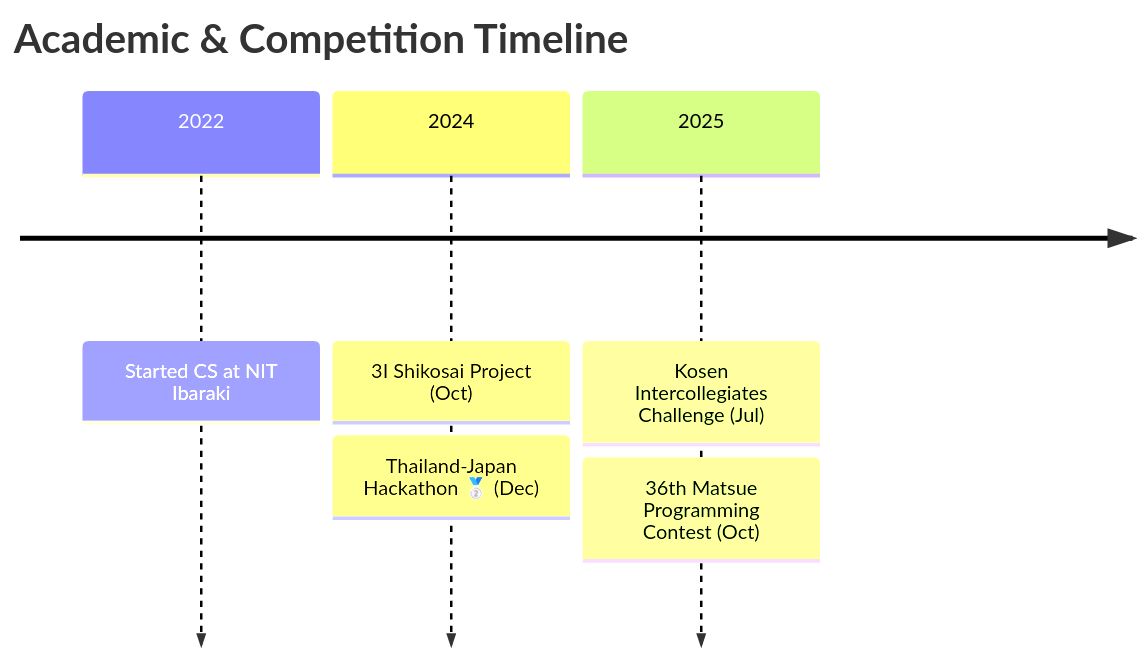
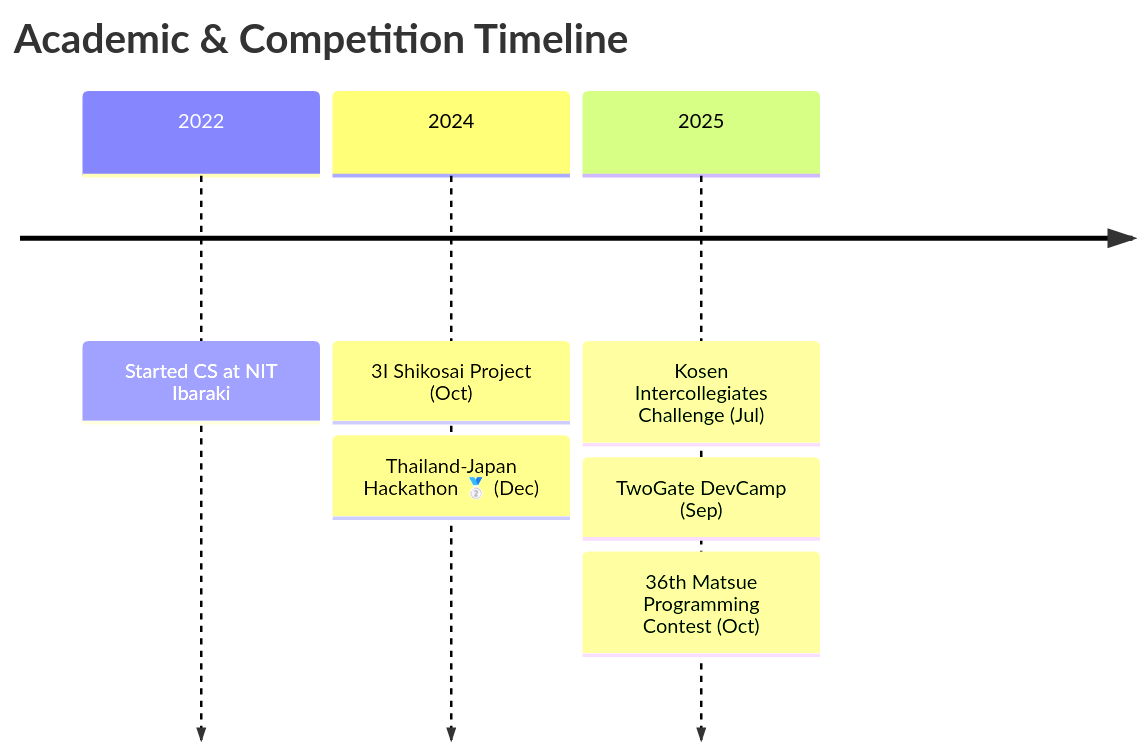
Before and after one commit to Tomarun029831/Tomarun029831: the diagram in README.md, drawn with Mermaid.

````diff
--- a/README.md
+++ b/README.md
@@ -241,12 +241,13 @@
 ```mermaid
 timeline
     title Academic & Competition Timeline
     
     2022 : Started CS at NIT Ibaraki
     
     2024 : 3I Shikosai Project (Oct)
          : Thailand-Japan Hackathon 🥈 (Dec)
     
     2025 : Kosen Intercollegiates Challenge (Jul)
+         : TwoGate DevCamp (Sep)
          : 36th Matsue Programming Contest (Oct)
 ```
````
